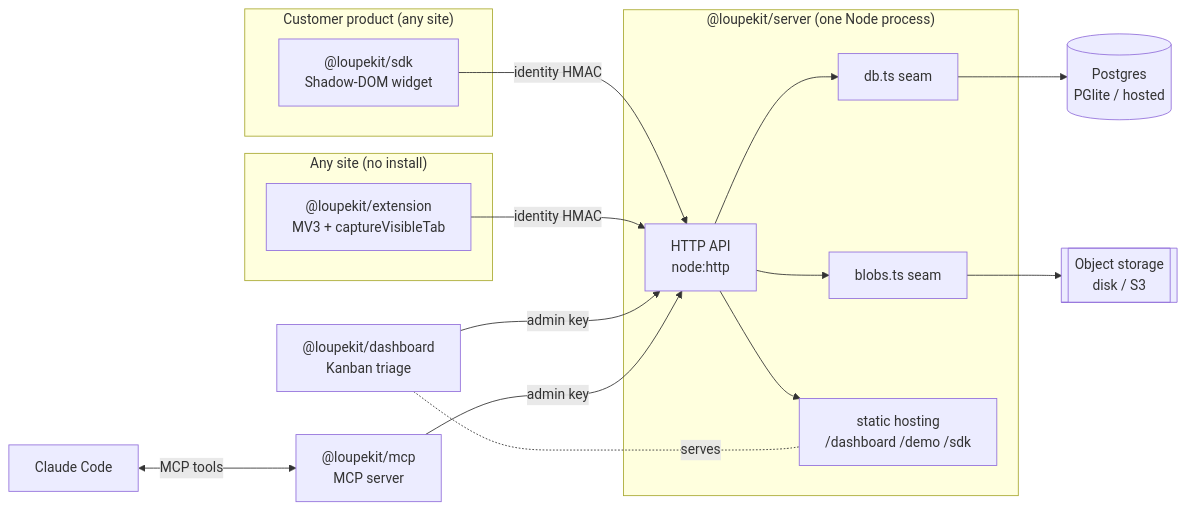
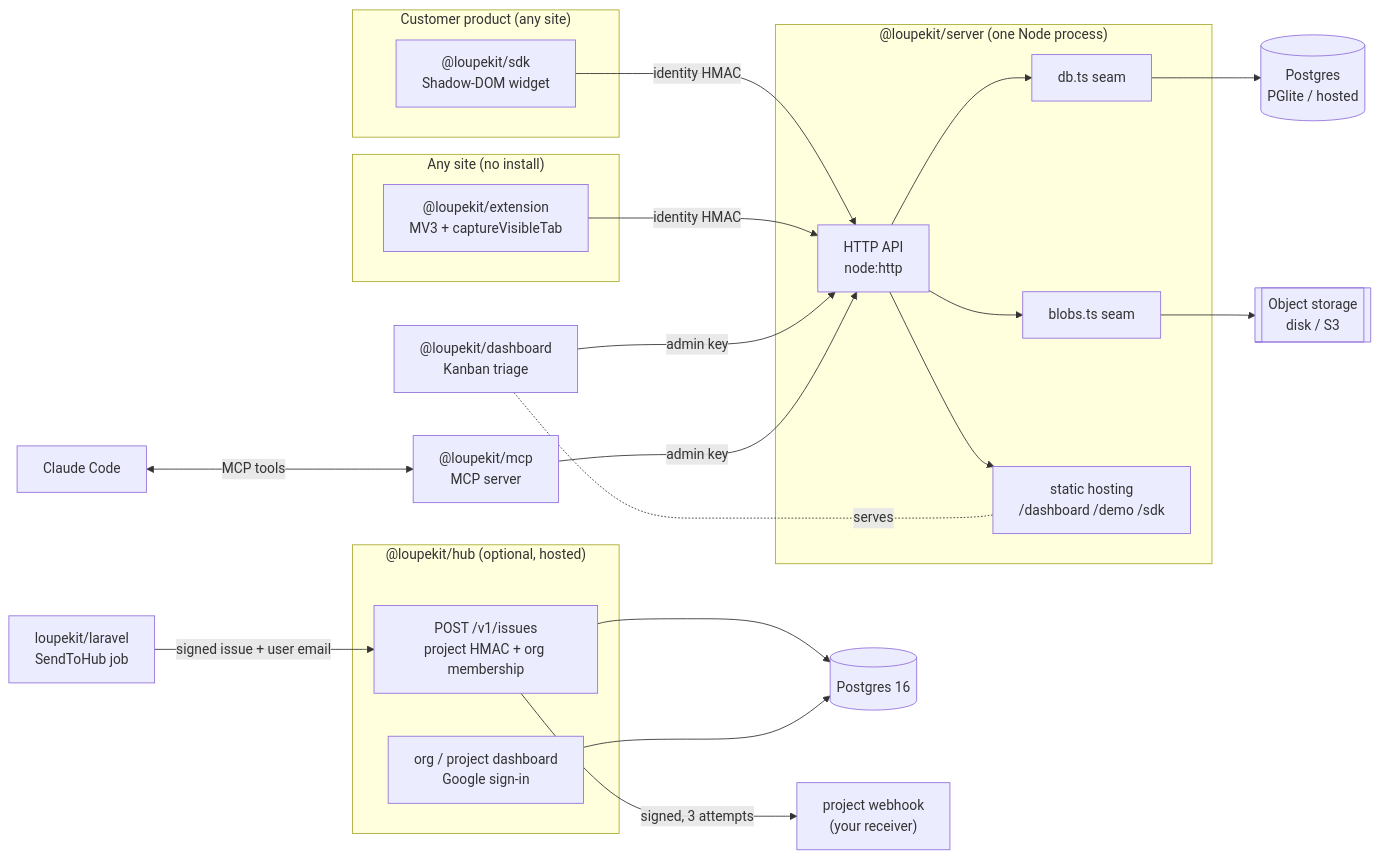
The first of 8 diagrams in docs/ARCHITECTURE.md (mohamed-ashraf-elsaed/loupe), drawn with Mermaid before and after one commit. The commit also changed other lines of this file and 46 other files, not shown here.

````diff
--- a/docs/ARCHITECTURE.md
+++ b/docs/ARCHITECTURE.md
@@ -20,30 +20,42 @@
 ```mermaid
 flowchart LR
   subgraph Product["Customer product (any site)"]
     SDK["@loupekit/sdk<br/>Shadow-DOM widget"]
   end
   subgraph Ext["Any site (no install)"]
     EXT["@loupekit/extension<br/>MV3 + captureVisibleTab"]
   end
   subgraph Backend["@loupekit/server (one Node process)"]
     API["HTTP API<br/>node:http"]
     DBSEAM["db.ts seam"]
     BLOB["blobs.ts seam"]
     STATIC["static hosting<br/>/dashboard /demo /sdk"]
   end
   PG[("Postgres<br/>PGlite / hosted")]
   OBJ[["Object storage<br/>disk / S3"]]
   DASH["@loupekit/dashboard<br/>Kanban triage"]
   MCP["@loupekit/mcp<br/>MCP server"]
   CLAUDE["Claude Code"]
 
   SDK -->|"identity HMAC"| API
   EXT -->|"identity HMAC"| API
   API --> DBSEAM --> PG
   API --> BLOB --> OBJ
   API --> STATIC
   DASH -->|"admin key"| API
   MCP -->|"admin key"| API
   CLAUDE <-->|"MCP tools"| MCP
   DASH -.serves.- STATIC
+
+  subgraph HubBox["@loupekit/hub (optional, hosted)"]
+    HUB["POST /v1/issues<br/>project HMAC + org membership"]
+    HUBUI["org / project dashboard<br/>Google sign-in"]
+  end
+  HUBPG[("Postgres 16")]
+  LARA["loupekit/laravel<br/>SendToHub job"]
+  HOOK["project webhook<br/>(your receiver)"]
+  LARA -->|"signed issue + user email"| HUB
+  HUB --> HUBPG
+  HUBUI --> HUBPG
+  HUB -->|"signed, 3 attempts"| HOOK
 ```
````
